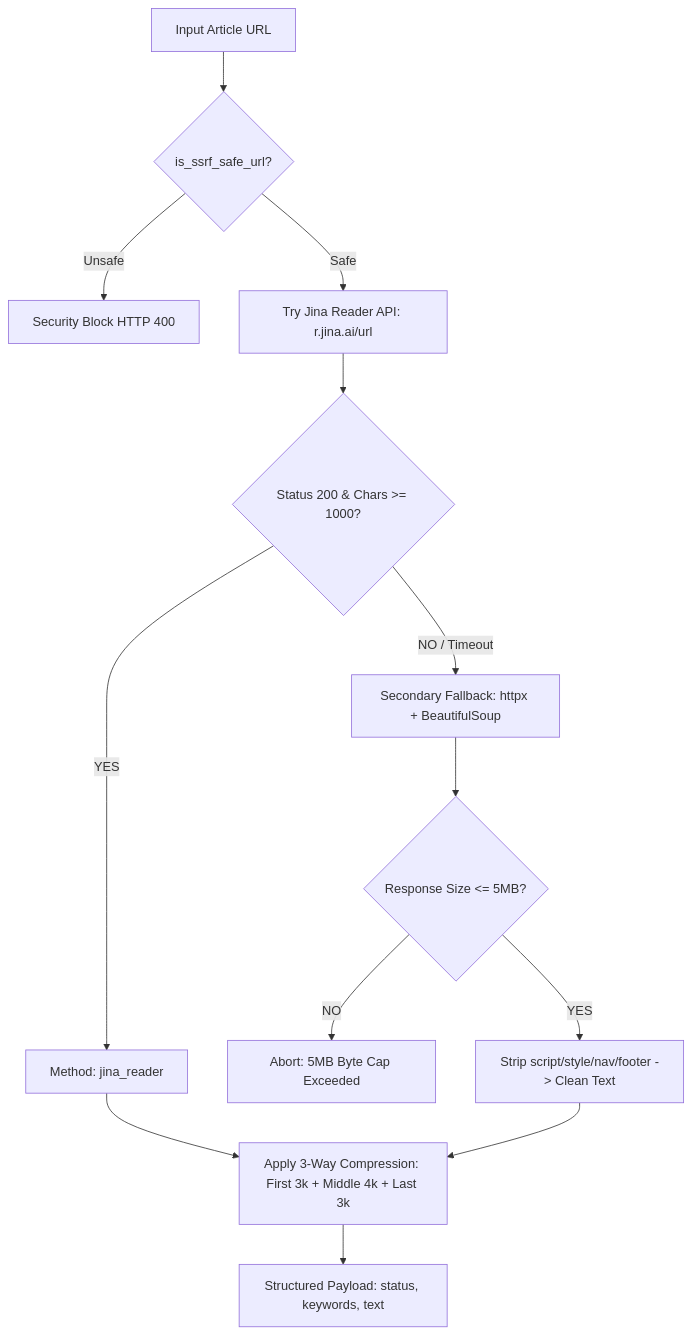
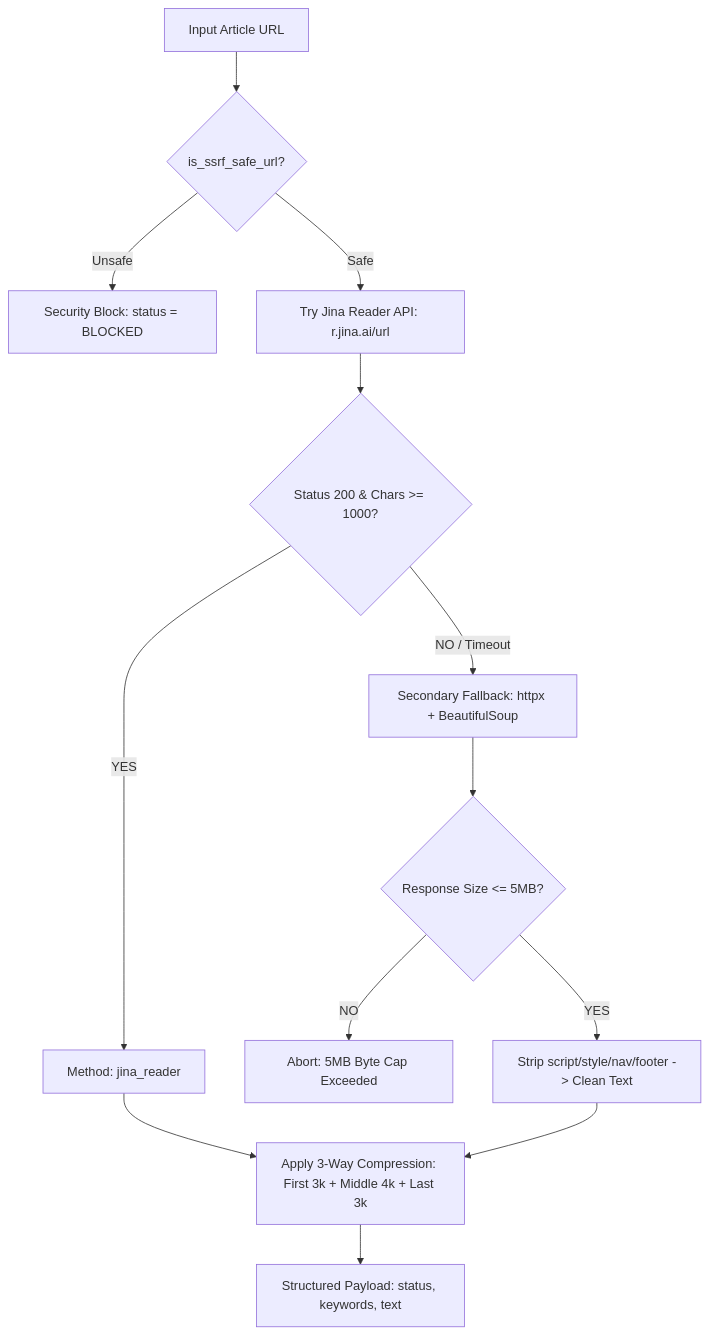
The fourth of 4 diagrams in docs/ARCHITECTURE.md (Nawaz-khan-droid/cawncade-ai), drawn with Mermaid before and after one commit. The commit also changed other lines of this file and 2 other files, not shown here.

````diff
--- a/docs/ARCHITECTURE.md
+++ b/docs/ARCHITECTURE.md
@@ -249,18 +299,18 @@
 ```mermaid
 flowchart TD
     URL[Input Article URL] --> SSRF{is_ssrf_safe_url?}
-    SSRF -->|Unsafe| Block[Security Block HTTP 400]
+    SSRF -->|Unsafe| Block[Security Block: status = BLOCKED]
     SSRF -->|Safe| Jina[Try Jina Reader API: r.jina.ai/url]
     
     Jina --> JinaCheck{Status 200 & Chars >= 1000?}
     JinaCheck -->|YES| CleanJina[Method: jina_reader]
     JinaCheck -->|NO / Timeout| BS4[Secondary Fallback: httpx + BeautifulSoup]
     
     BS4 --> SizeCheck{Response Size <= 5MB?}
     SizeCheck -->|NO| SizeCap[Abort: 5MB Byte Cap Exceeded]
     SizeCheck -->|YES| ParseBS4[Strip script/style/nav/footer -> Clean Text]
     
     CleanJina --> Compression[Apply 3-Way Compression: First 3k + Middle 4k + Last 3k]
     ParseBS4 --> Compression
     Compression --> Payload[Structured Payload: status, keywords, text]
 ```
````
